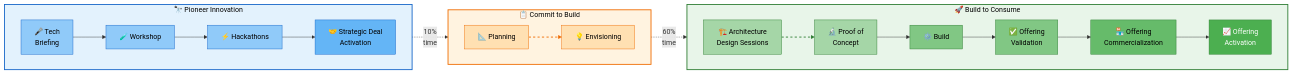
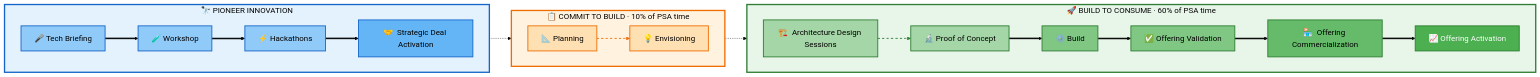
The diagram in HVE-PSA-GUIDANCE/hve-core-use-cases-for-psa.md (Arturo-Quiroga-MSFT/hypervelocity-engineering), drawn with Mermaid before and after one commit. The commit also changed other lines of this file, not shown here.

Commit message:
docs: improve GCPS diagram readability with larger font and single-line labels
- set fontSize to 18px via Mermaid init directive
- remove line breaks from node labels for cleaner single-line text
- move time allocation percentages into subgraph titles
- use thick connectors (==>) within stages for visual weight
- increase stroke-width on all nodes and subgraphs

🎨 - Generated by Copilot

````diff
--- a/HVE-PSA-GUIDANCE/hve-core-use-cases-for-psa.md
+++ b/HVE-PSA-GUIDANCE/hve-core-use-cases-for-psa.md
@@ -29,54 +29,58 @@
 ```mermaid
+%%{init: {'theme': 'base', 'themeVariables': {'fontSize': '18px', 'fontFamily': 'Segoe UI, Helvetica, Arial', 'primaryColor': '#E3F2FD'}}}%%
 graph LR
-    subgraph pioneer ["🔭 Pioneer Innovation"]
+    subgraph pioneer ["🔭  PIONEER INNOVATION"]
         direction LR
-        TB["🎤 Tech\nBriefing"]
-        WS["🧪 Workshop"]
-        HK["⚡ Hackathons"]
-        SDA["🤝 Strategic Deal\nActivation"]
-        TB --> WS --> HK --> SDA
+        TB["🎤  Tech Briefing"]
+        WS["🧪  Workshop"]
+        HK["⚡  Hackathons"]
+        SDA["🤝  Strategic Deal Activation"]
+        TB ==> WS ==> HK ==> SDA
     end
 
-    subgraph commit_stage ["📋 Commit to Build"]
+    subgraph commit_stage ["📋  COMMIT TO BUILD  · 10% of PSA time"]
         direction LR
-        PL["📐 Planning"]
-        ENV["💡 Envisioning"]
-        PL --> ENV
+        PL["📐  Planning"]
+        ENV["💡  Envisioning"]
+        PL ==> ENV
     end
 
-    subgraph build ["🚀 Build to Consume"]
+    subgraph build ["🚀  BUILD TO CONSUME  · 60% of PSA time"]
         direction LR
-        ADS["🏗️ Architecture\nDesign Sessions"]
-        POC["🔬 Proof of\nConcept"]
-        BLD["⚙️ Build"]
-        OV["✅ Offering\nValidation"]
-        OC["🏪 Offering\nCommercialization"]
-        OA["📈 Offering\nActivation"]
-        ADS --> POC --> BLD --> OV --> OC --> OA
+        ADS["🏗️  Architecture Design Sessions"]
+        POC["🔬  Proof of Concept"]
+        BLD["⚙️  Build"]
+        OV["✅  Offering Validation"]
+        OC["🏪  Offering Commercialization"]
+        OA["📈  Offering Activation"]
+        ADS ==> POC ==> BLD ==> OV ==> OC ==> OA
     end
 
-    SDA -.->|"10%\ntime"| PL
-    ENV -.->|"60%\ntime"| ADS
+    SDA -.-> PL
+    ENV -.-> ADS
 
-    style pioneer fill:#E3F2FD,stroke:#1565C8,color:#000,stroke-width:2px
-    style commit_stage fill:#FFF3E0,stroke:#EF6C00,color:#000,stroke-width:2px
-    style build fill:#E8F5E9,stroke:#2E7D32,color:#000,stroke-width:2px
+    style pioneer fill:#E3F2FD,stroke:#1565C8,color:#000,stroke-width:3px
+    style commit_stage fill:#FFF3E0,stroke:#EF6C00,color:#000,stroke-width:3px
+    style build fill:#E8F5E9,stroke:#2E7D32,color:#000,stroke-width:3px
 
-    style TB fill:#90CAF9,stroke:#1565C8,color:#000
-    style WS fill:#90CAF9,stroke:#1565C8,color:#000
-    style HK fill:#90CAF9,stroke:#1565C8,color:#000
-    style SDA fill:#64B5F6,stroke:#1565C8,color:#000
+    style TB fill:#90CAF9,stroke:#1565C8,color:#000,stroke-width:2px
+    style WS fill:#90CAF9,stroke:#1565C8,color:#000,stroke-width:2px
+    style HK fill:#90CAF9,stroke:#1565C8,color:#000,stroke-width:2px
+    style SDA fill:#64B5F6,stroke:#1565C8,color:#000,stroke-width:2px
 
-    style PL fill:#FFE0B2,stroke:#EF6C00,color:#000
-    style ENV fill:#FFE0B2,stroke:#EF6C00,color:#000
+    style PL fill:#FFE0B2,stroke:#EF6C00,color:#000,stroke-width:2px
+    style ENV fill:#FFE0B2,stroke:#EF6C00,color:#000,stroke-width:2px
 
-    style ADS fill:#A5D6A7,stroke:#2E7D32,color:#000
-    style POC fill:#A5D6A7,stroke:#2E7D32,color:#000
-    style BLD fill:#81C784,stroke:#2E7D32,color:#000
+    style ADS fill:#A5D6A7,stroke:#2E7D32,color:#000,stroke-width:2px
+    style POC fill:#A5D6A7,stroke:#2E7D32,color:#000,stroke-width:2px
+    style BLD fill:#81C784,stroke:#2E7D32,color:#000,stroke-width:2px
+    style OV fill:#81C784,stroke:#2E7D32,color:#000,stroke-width:2px
+    style OC fill:#66BB6A,stroke:#2E7D32,color:#000,stroke-width:2px
+    style OA fill:#4CAF50,stroke:#2E7D32,color:#fff,stroke-width:2px
     style OV fill:#81C784,stroke:#2E7D32,color:#000
     style OC fill:#66BB6A,stroke:#2E7D32,color:#000
     style OA fill:#4CAF50,stroke:#2E7D32,color:#fff
 
     linkStyle 3 stroke:#EF6C00,stroke-width:2px,stroke-dasharray:5
     linkStyle 4 stroke:#2E7D32,stroke-width:2px,stroke-dasharray:5
 ```
````
